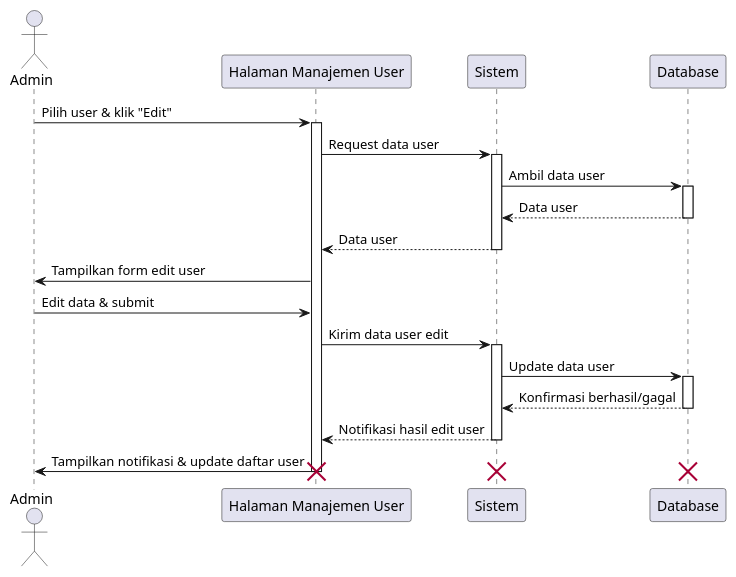
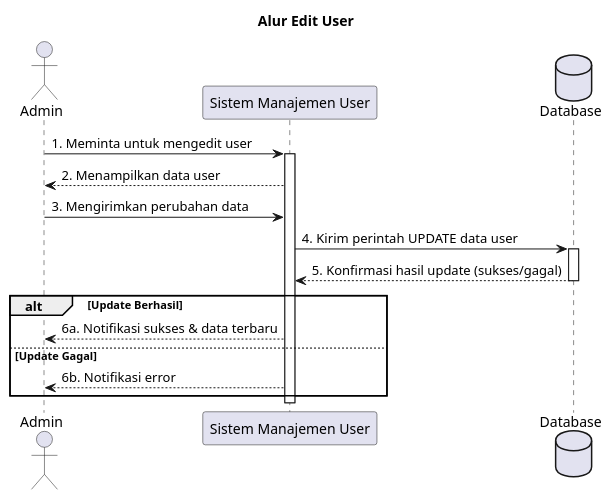
The diagram in JurnalAPPL/SequenceDiagram/Admin/MengelolaDataUser/EditUser.puml (myasirnovals/Appl), drawn with PlantUML before and after one commit. The commit also changed 92 other files, not shown here.

Commit message:
memperbaiki seluruh diagram

```diff
--- a/JurnalAPPL/SequenceDiagram/Admin/MengelolaDataUser/EditUser.puml
+++ b/JurnalAPPL/SequenceDiagram/Admin/MengelolaDataUser/EditUser.puml
@@ -1,35 +1,36 @@
 @startuml
+' //===== Konfigurasi Tampilan (Opsional) =====//
+' skinparam actorStyle awesome
+' skinparam sequenceParticipant underline
+' skinparam sequenceArrowingStyle open
+
+' //===== Definisi Aktor & Partisipan =====//
 actor Admin
-participant "Halaman Manajemen User" as UserMgmt
-participant "Sistem" as System
-participant "Database" as DB
+participant "Sistem Manajemen User" as System
+database "Database" as DB
 
-Admin -> UserMgmt : Pilih user & klik "Edit"
-activate UserMgmt
-UserMgmt -> System : Request data user
+' //===== Alur Diagram =====//
+title Alur Edit User
+
+Admin -> System : 1. Meminta untuk mengedit user
 activate System
-System -> DB : Ambil data user
+
+System --> Admin : 2. Menampilkan data user
+
+Admin -> System : 3. Mengirimkan perubahan data
+
+System -> DB : 4. Kirim perintah UPDATE data user
 activate DB
-DB --> System : Data user
+
+DB --> System : 5. Konfirmasi hasil update (sukses/gagal)
 deactivate DB
-System --> UserMgmt : Data user
+
+alt Update Berhasil
+    System --> Admin : 6a. Notifikasi sukses & data terbaru
+else Update Gagal
+    System --> Admin : 6b. Notifikasi error
+end
+
 deactivate System
-UserMgmt -> Admin : Tampilkan form edit user
-
-Admin -> UserMgmt : Edit data & submit
-UserMgmt -> System : Kirim data user edit
-activate System
-System -> DB : Update data user
-activate DB
-DB --> System : Konfirmasi berhasil/gagal
-deactivate DB
-System --> UserMgmt : Notifikasi hasil edit user
-deactivate System
-UserMgmt -> Admin : Tampilkan notifikasi & update daftar user
-deactivate UserMgmt
-
-destroy UserMgmt
-destroy System
-destroy DB
 
 @enduml
```
